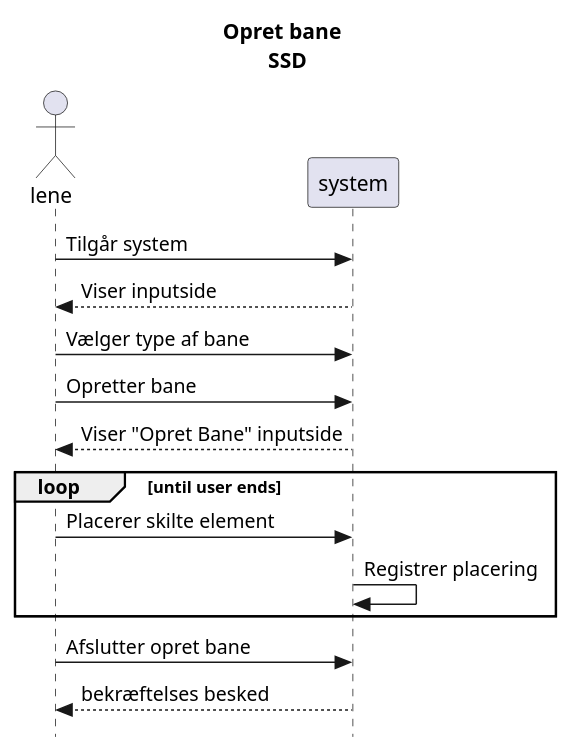
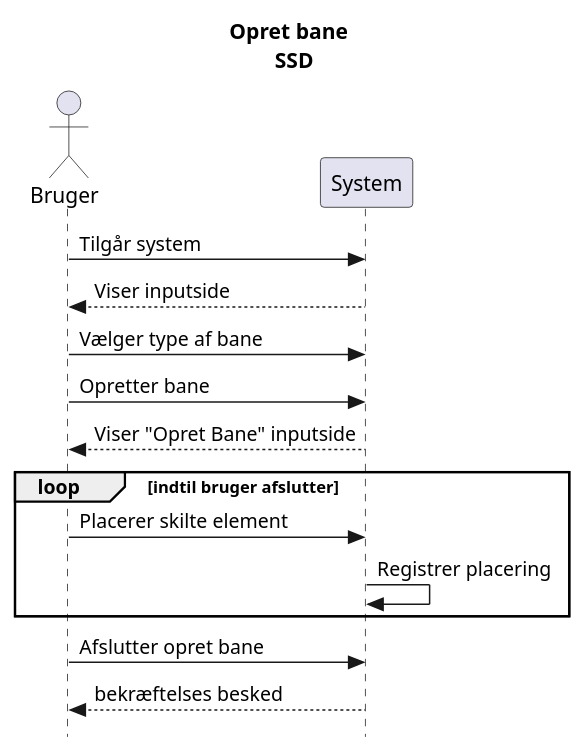
Before and after one commit to Team-1-ucl/Team1_Projekt: the diagram in Dokumentation/Scenarier/Baner/Logical View/SSD/Opretterbane.wsd, drawn with PlantUML. The commit also changed 1 other file, not shown here.

Commit message:
Edit UC DeleBane and UC OpretterBane

```diff
--- a/Dokumentation/Scenarier/Baner/Logical View/SSD/Opretterbane.wsd
+++ b/Dokumentation/Scenarier/Baner/Logical View/SSD/Opretterbane.wsd
@@ -1,19 +1,19 @@
 @startuml Opretter Bane
 title Opret bane \n SSD 
 skinparam style strictuml
-actor lene as lene
-participant system as sys
+actor Bruger
+participant System as sys
 
-lene -> sys : Tilgår system
-lene <-- sys : Viser inputside
-lene -> sys : Vælger type af bane
-lene -> sys : Opretter bane
-lene <-- sys : Viser "Opret Bane" inputside
-loop until user ends
-lene -> sys : Placerer skilte element
+Bruger-> sys : Tilgår system
+Bruger <-- sys : Viser inputside
+Bruger -> sys : Vælger type af bane
+Bruger -> sys : Opretter bane
+Bruger <-- sys : Viser "Opret Bane" inputside
+loop indtil bruger afslutter
+Bruger -> sys : Placerer skilte element
 sys->sys:Registrer placering
 end
-lene -> sys : Afslutter opret bane 
-lene <-- sys : bekræftelses besked
+Bruger -> sys : Afslutter opret bane 
+Bruger <-- sys : bekræftelses besked
 
 @enduml
```
